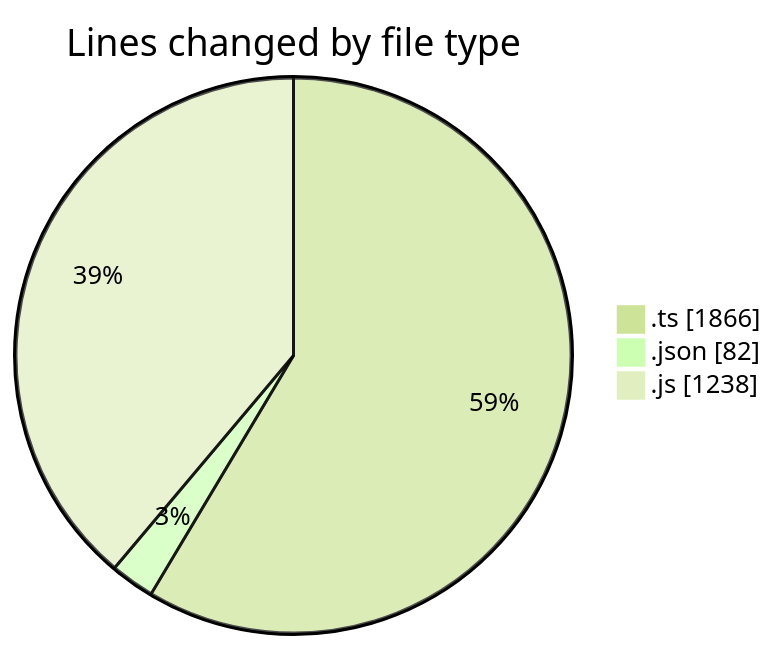
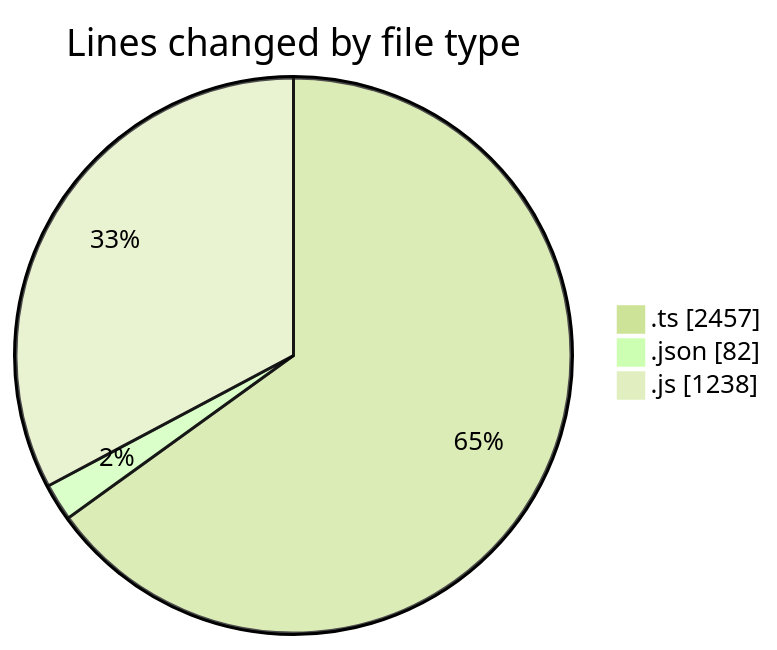
One commit to momahboobian/code-tracking changed the first of 2 diagrams in 2025-07-30/cda/README.md. Above: the diagram before and after it, drawn with Mermaid (forest theme). The commit also changed other lines of this file and 1 other file, not shown here.

````diff
--- a/2025-07-30/cda/README.md
+++ b/2025-07-30/cda/README.md
@@ -26,7 +26,7 @@
 ```mermaid
 pie showData
 title Lines changed by file type
-".ts" : 1866
+".ts" : 2457
 ".json" : 82
 ".js" : 1238
 ```
````
